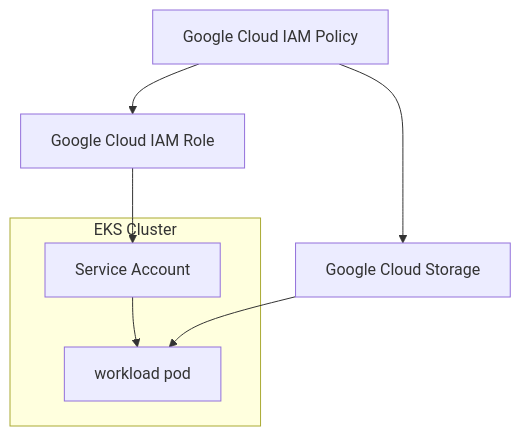
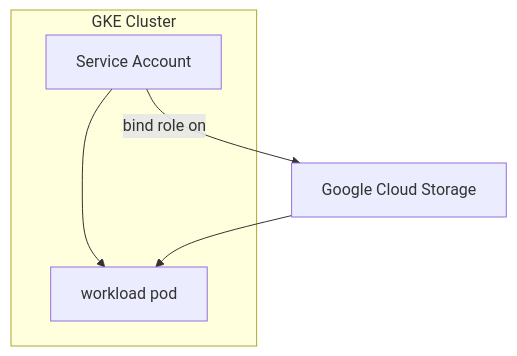
One commit to humanitec-architecture/resource-packs-gcp changed the first of 2 diagrams in examples/gcs/README.md. Above: the diagram before and after it, drawn with Mermaid. The commit also changed 1 other file, not shown here.

Commit message:
fix: diagrams

````diff
--- a/examples/gcs/README.md
+++ b/examples/gcs/README.md
@@ -27,13 +27,11 @@
 ```mermaid
 graph TD;
   gcs["Google Cloud Storage"]
-  policy["Google Cloud IAM Policy"]
-  role["Google Cloud IAM Role"]
-  subgraph EKS Cluster
+  subgraph GKE Cluster
     pod[workload pod]
     service[Service Account]
   end
-  policy --> gcs
-  policy --> role --> service --> pod
+  service -- bind role on --> gcs
+  service --> pod
   gcs --> pod
 ```
````
